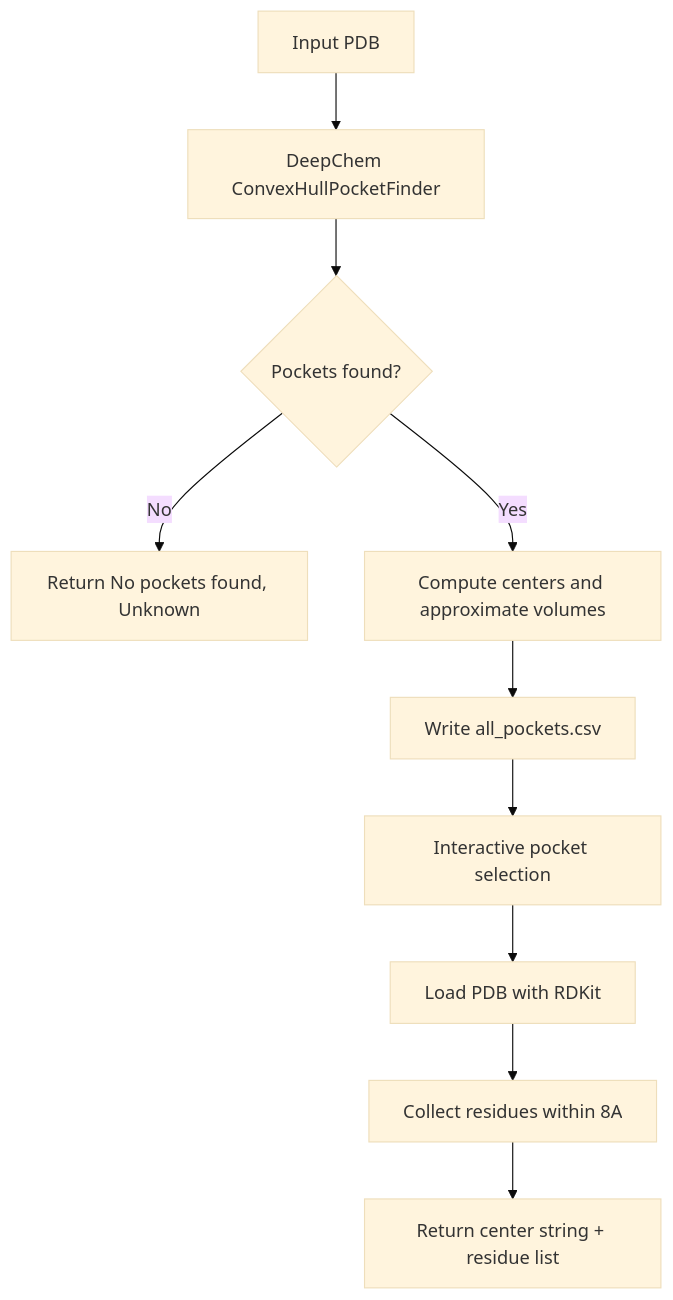
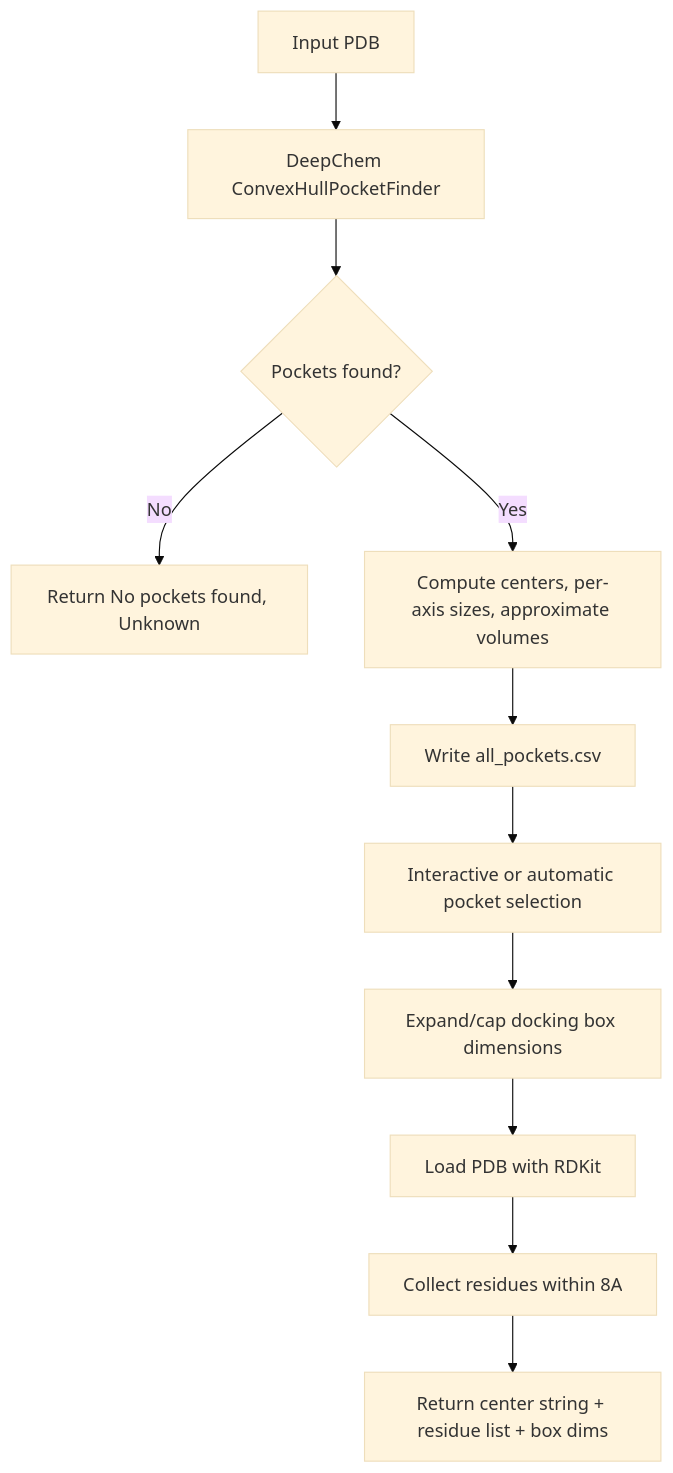
The diagram in doc/components/pocket.md (tacclab/LLMsFold), drawn with Mermaid (base theme) before and after one commit. The commit also changed other lines of this file and 22 other files, not shown here.

Commit message:
Fix pocket selection, chain mapping, scoring thresholds; add seed support

````diff
--- a/doc/components/pocket.md
+++ b/doc/components/pocket.md
@@ -11,12 +11,13 @@
 ```mermaid
 flowchart TD
     A[Input PDB] --> B[DeepChem ConvexHullPocketFinder]
     B --> C{Pockets found?}
     C -->|No| D[Return No pockets found, Unknown]
-    C -->|Yes| E[Compute centers and approximate volumes]
+    C -->|Yes| E[Compute centers, per-axis sizes, approximate volumes]
     E --> F[Write all_pockets.csv]
-    F --> G[Interactive pocket selection]
-    G --> H[Load PDB with RDKit]
-    H --> I[Collect residues within 8A]
-    I --> J[Return center string + residue list]
+    F --> G[Interactive or automatic pocket selection]
+    G --> H[Expand/cap docking box dimensions]
+    H --> I[Load PDB with RDKit]
+    I --> J[Collect residues within 8A]
+    J --> K[Return center string + residue list + box dims]
 ```
````
